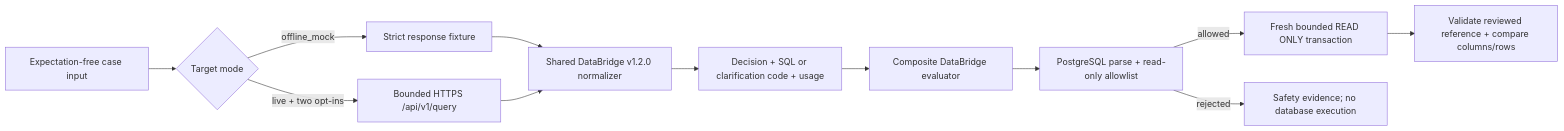
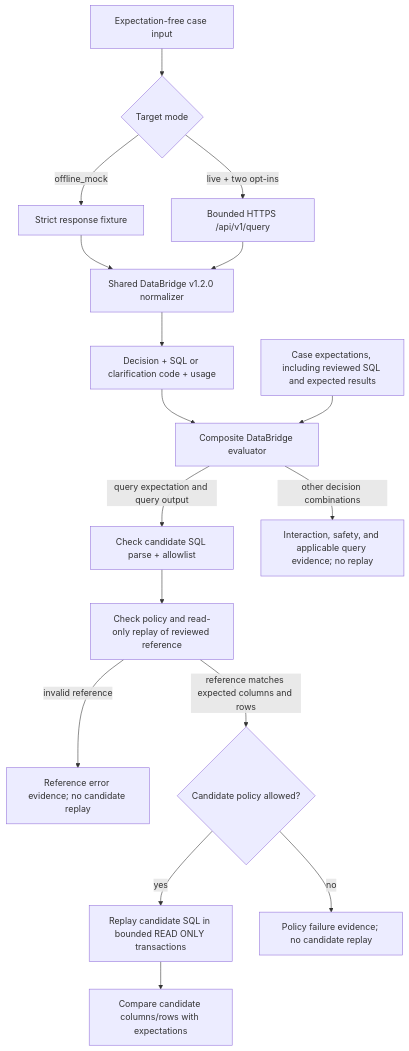
Before and after one commit to idevelopAI/llm-eval-control-plane: the seventh of 7 diagrams in docs/architecture.md, drawn with Mermaid. The commit also changed other lines of this file, not shown here.

Commit message:
docs: align architecture diagrams with execution and persistence boundaries

````diff
--- a/docs/architecture.md
+++ b/docs/architecture.md
@@ -497,14 +575,19 @@
 ```mermaid
-flowchart LR
+flowchart TB
     CASE["Expectation-free case input"] --> TARGET{"Target mode"}
     TARGET -->|offline_mock| MOCK["Strict response fixture"]
     TARGET -->|live + two opt-ins| HTTP["Bounded HTTPS /api/v1/query"]
     MOCK --> NORMALIZE["Shared DataBridge v1.2.0 normalizer"]
     HTTP --> NORMALIZE
     NORMALIZE --> MINIMAL["Decision + SQL or clarification code + usage"]
     MINIMAL --> SCORE["Composite DataBridge evaluator"]
-    SCORE --> POLICY["PostgreSQL parse + read-only allowlist"]
-    POLICY -->|allowed| REPLAY["Fresh bounded READ ONLY transaction"]
-    REPLAY --> ORACLE["Validate reviewed reference + compare columns/rows"]
-    POLICY -->|rejected| SAFE["Safety evidence; no database execution"]
+    EXPECT["Case expectations, including reviewed SQL and expected results"] --> SCORE
+    SCORE -->|query expectation and query output| POLICY["Check candidate SQL parse + allowlist"]
+    SCORE -->|other decision combinations| NOREPLAY["Interaction, safety, and applicable query evidence; no replay"]
+    POLICY --> REFERENCE["Check policy and read-only replay of reviewed reference"]
+    REFERENCE -->|invalid reference| ERROR["Reference error evidence; no candidate replay"]
+    REFERENCE -->|reference matches expected columns and rows| ALLOWED{"Candidate policy allowed?"}
+    ALLOWED -->|yes| REPLAY["Replay candidate SQL in bounded READ ONLY transactions"]
+    REPLAY --> ORACLE["Compare candidate columns/rows with expectations"]
+    ALLOWED -->|no| SAFE["Policy failure evidence; no candidate replay"]
 ```
````
